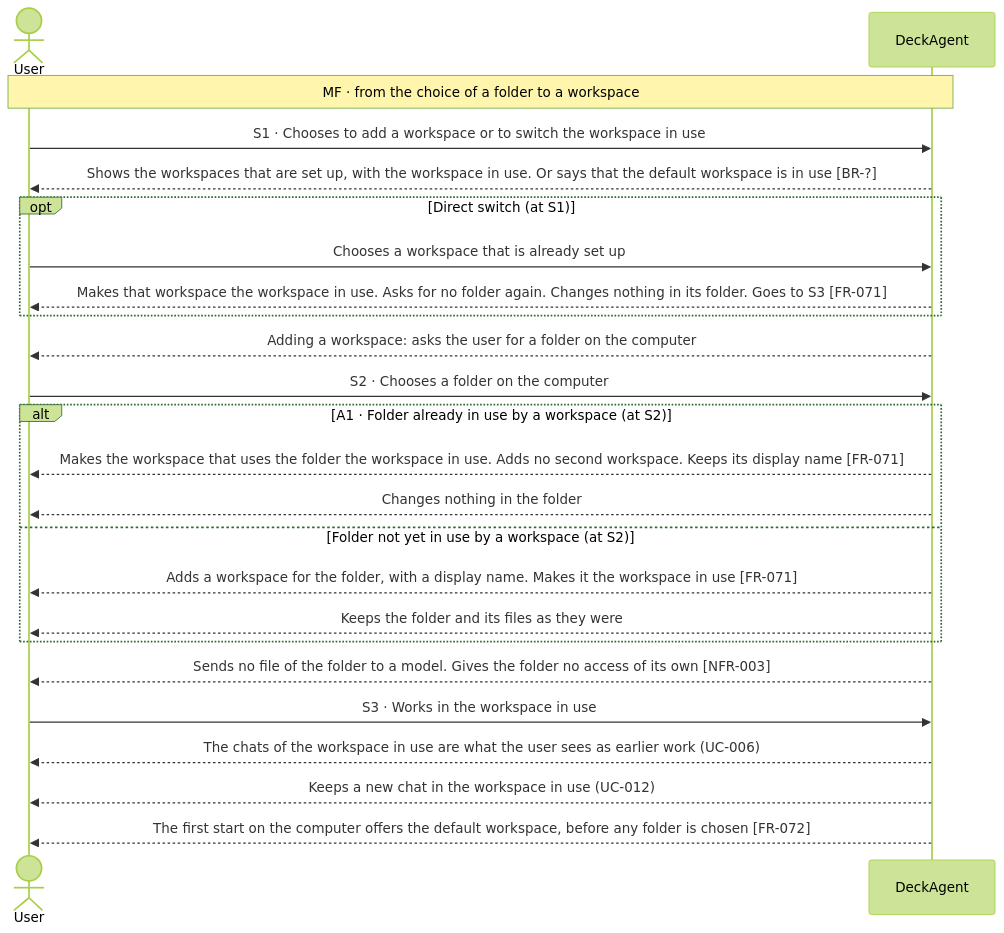
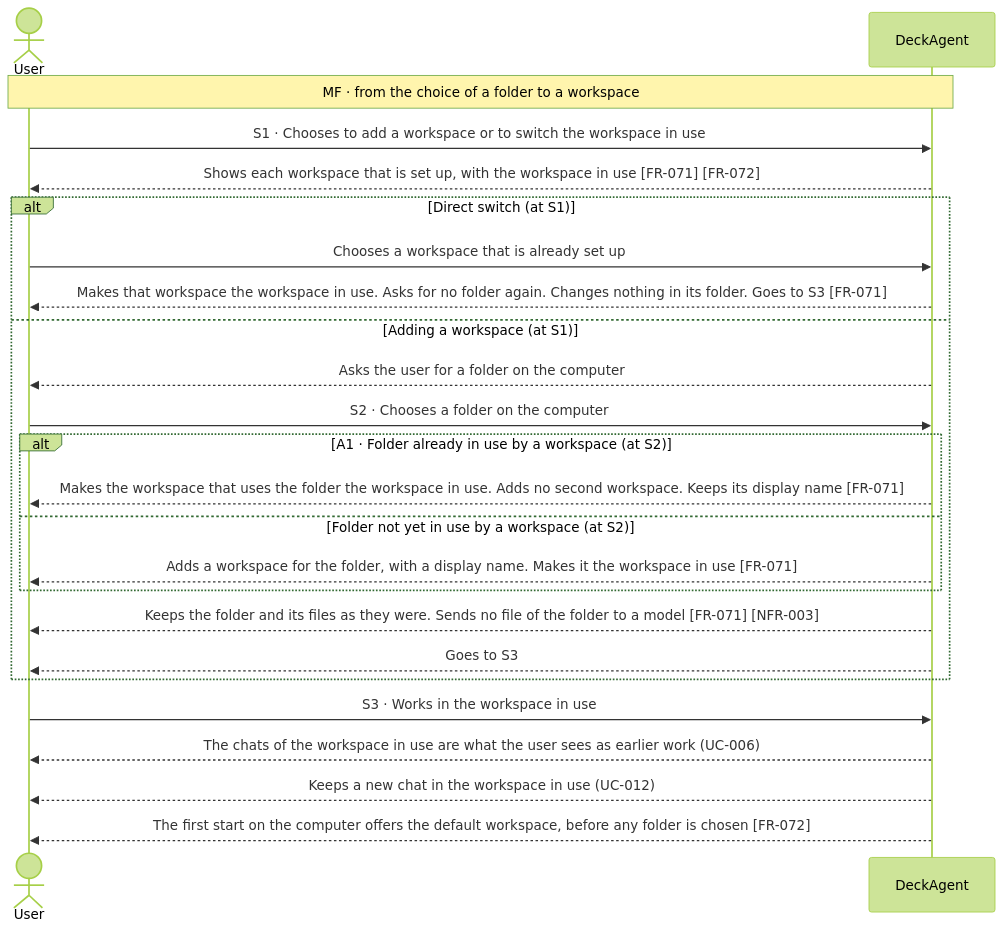
Before and after one commit to Luke23127006/DeckAgent: the first of 2 diagrams in docs/spec/03-use-cases/UC-013.md, drawn with Mermaid (forest theme). The commit also changed other lines of this file and 19 other files, not shown here.

Commit message:
docs(spec): fix permission boundary, diagram branches and spec cleanup

````diff
--- a/docs/spec/03-use-cases/UC-013.md
+++ b/docs/spec/03-use-cases/UC-013.md
@@ -41,26 +41,26 @@
 ```mermaid
 sequenceDiagram
     actor User
     participant DeckAgent
     Note over User,DeckAgent: MF · from the choice of a folder to a workspace
     User->>DeckAgent: S1 · Chooses to add a workspace or to switch the workspace in use
-    DeckAgent-->>User: Shows the workspaces that are set up, with the workspace in use. Or says that the default workspace is in use [BR-?]
-    opt Direct switch (at S1)
+    DeckAgent-->>User: Shows each workspace that is set up, with the workspace in use [FR-071] [FR-072]
+    alt Direct switch (at S1)
         User->>DeckAgent: Chooses a workspace that is already set up
         DeckAgent-->>User: Makes that workspace the workspace in use. Asks for no folder again. Changes nothing in its folder. Goes to S3 [FR-071]
+    else Adding a workspace (at S1)
+        DeckAgent-->>User: Asks the user for a folder on the computer
+        User->>DeckAgent: S2 · Chooses a folder on the computer
+        alt A1 · Folder already in use by a workspace (at S2)
+            DeckAgent-->>User: Makes the workspace that uses the folder the workspace in use. Adds no second workspace. Keeps its display name [FR-071]
+        else Folder not yet in use by a workspace (at S2)
+            DeckAgent-->>User: Adds a workspace for the folder, with a display name. Makes it the workspace in use [FR-071]
+        end
+        DeckAgent-->>User: Keeps the folder and its files as they were. Sends no file of the folder to a model [FR-071] [NFR-003]
+        DeckAgent-->>User: Goes to S3
     end
-    DeckAgent-->>User: Adding a workspace: asks the user for a folder on the computer
-    User->>DeckAgent: S2 · Chooses a folder on the computer
-    alt A1 · Folder already in use by a workspace (at S2)
-        DeckAgent-->>User: Makes the workspace that uses the folder the workspace in use. Adds no second workspace. Keeps its display name [FR-071]
-        DeckAgent-->>User: Changes nothing in the folder
-    else Folder not yet in use by a workspace (at S2)
-        DeckAgent-->>User: Adds a workspace for the folder, with a display name. Makes it the workspace in use [FR-071]
-        DeckAgent-->>User: Keeps the folder and its files as they were
-    end
-    DeckAgent-->>User: Sends no file of the folder to a model. Gives the folder no access of its own [NFR-003]
     User->>DeckAgent: S3 · Works in the workspace in use
     DeckAgent-->>User: The chats of the workspace in use are what the user sees as earlier work (UC-006)
     DeckAgent-->>User: Keeps a new chat in the workspace in use (UC-012)
     DeckAgent-->>User: The first start on the computer offers the default workspace, before any folder is chosen [FR-072]
 ```
````
